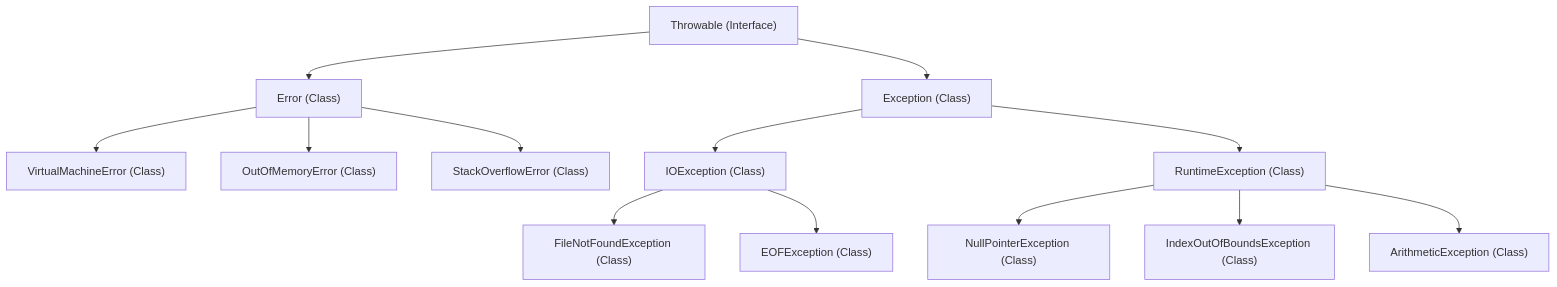
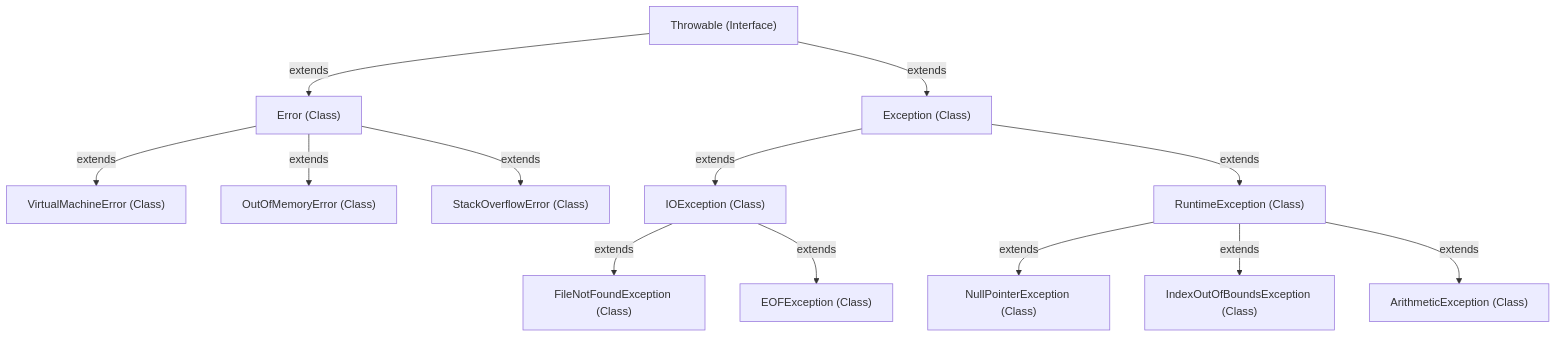
One commit to anand-chitte/JavaDoc changed the diagram in docs/java/Exception in Java.md. Above: the diagram before and after it, drawn with Mermaid. The commit also changed 87 other files, not shown here.

Commit message:
resolved syntax error in diagram

````diff
--- a/docs/java/Exception in Java.md
+++ b/docs/java/Exception in Java.md
@@ -5,16 +5,16 @@
 ```mermaid
-flowchart TD
+ flowchart TD
     Throwable["Throwable (Interface)"]
-    Throwable --> Error["Error (Class)"]
-    Throwable --> Exception["Exception (Class)"]
-    Error --> VirtualMachineError["VirtualMachineError (Class)"]
-    Error --> OutOfMemoryError["OutOfMemoryError (Class)"]
-    Error --> StackOverflowError["StackOverflowError (Class)"]
-    Exception --> IOException["IOException (Class)"]
-    Exception --> RuntimeException["RuntimeException (Class)"]
-    IOException --> FileNotFoundException["FileNotFoundException (Class)"]
-    IOException --> EOFException["EOFException (Class)"]
-    RuntimeException --> NullPointerException["NullPointerException (Class)"]
-    RuntimeException --> IndexOutOfBoundsException["IndexOutOfBoundsException (Class)"]
-    RuntimeException --> ArithmeticException["ArithmeticException (Class)"]
+    Throwable -->|extends| Error["Error (Class)"]
+    Throwable -->|extends| Exception["Exception (Class)"]
+    Error -->|extends| VirtualMachineError["VirtualMachineError (Class)"]
+    Error -->|extends| OutOfMemoryError["OutOfMemoryError (Class)"]
+    Error -->|extends| StackOverflowError["StackOverflowError (Class)"]
+    Exception -->|extends| IOException["IOException (Class)"]
+    Exception -->|extends| RuntimeException["RuntimeException (Class)"]
+    IOException -->|extends| FileNotFoundException["FileNotFoundException (Class)"]
+    IOException -->|extends| EOFException["EOFException (Class)"]
+    RuntimeException -->|extends| NullPointerException["NullPointerException (Class)"]
+    RuntimeException -->|extends| IndexOutOfBoundsException["IndexOutOfBoundsException (Class)"]
+    RuntimeException -->|extends| ArithmeticException["ArithmeticException (Class)"]
 ```
````
